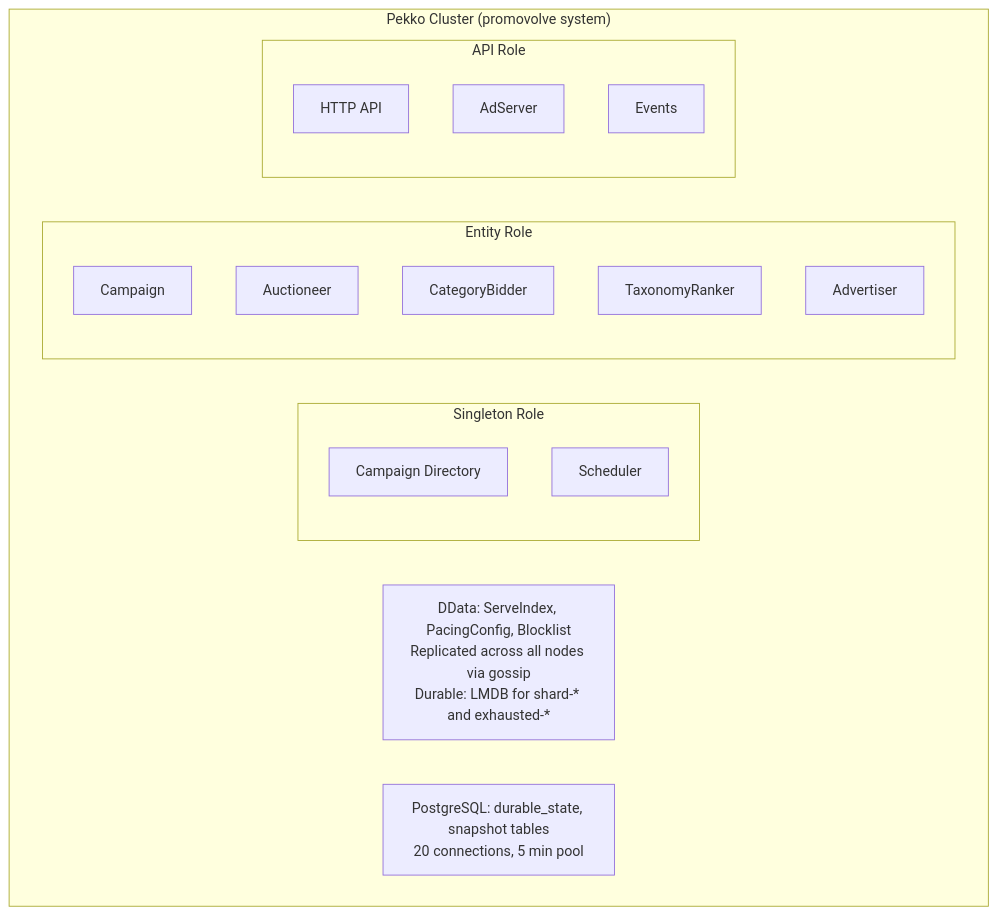
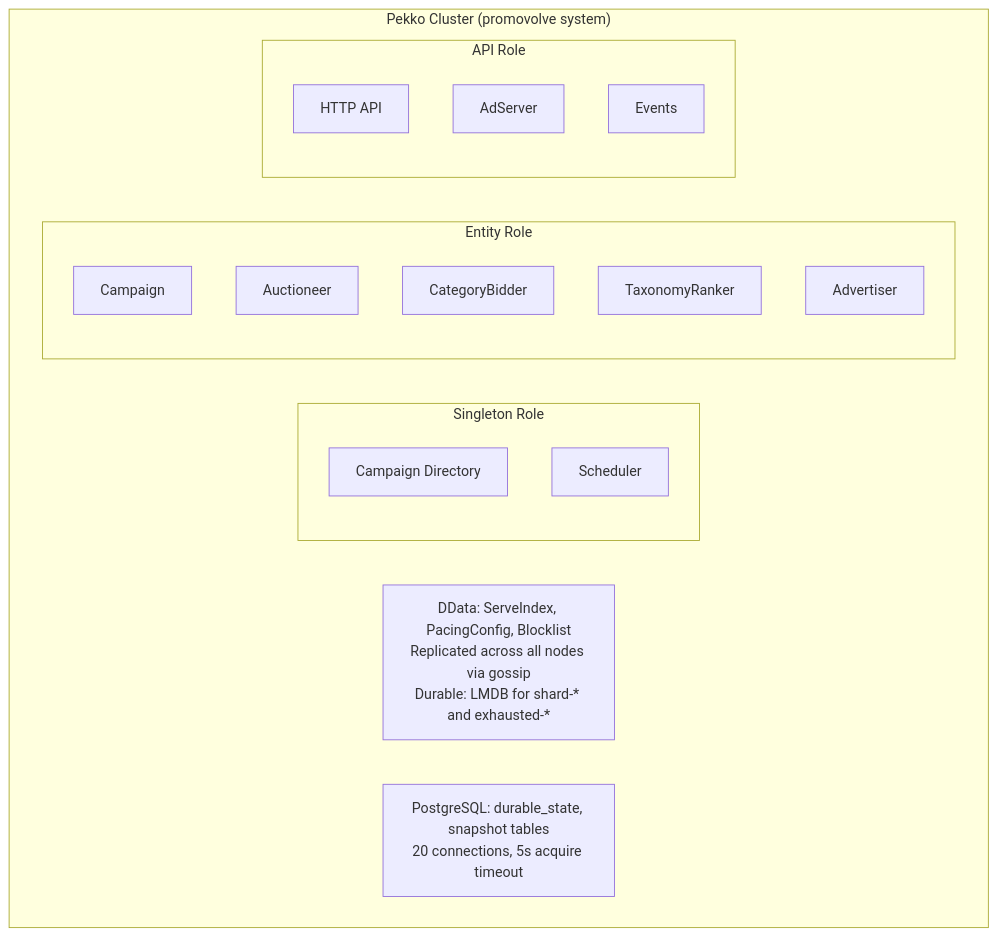
Before and after one commit to promovolve/promovolve-book: the diagram in src/architecture/overview.md, drawn with Mermaid. The commit also changed other lines of this file and 20 other files, not shown here.

````diff
--- a/src/architecture/overview.md
+++ b/src/architecture/overview.md
@@ -7,23 +7,23 @@
 ```mermaid
 graph TB
     subgraph Cluster["Pekko Cluster (promovolve system)"]
         subgraph Singleton["Singleton Role"]
             CD["Campaign Directory"]
             Sched["Scheduler"]
         end
         subgraph Entity["Entity Role"]
             Camp["Campaign"]
             Auct["Auctioneer"]
             CatBid["CategoryBidder"]
             TaxRnk["TaxonomyRanker"]
             Adv["Advertiser"]
         end
         subgraph API["API Role"]
             HTTP["HTTP API"]
             AdSrv["AdServer"]
             Evt["Events"]
         end
         DData["DData: ServeIndex, PacingConfig, Blocklist<br/>Replicated across all nodes via gossip<br/>Durable: LMDB for shard-* and exhausted-*"]
-        PG["PostgreSQL: durable_state, snapshot tables<br/>20 connections, 5 min pool"]
+        PG["PostgreSQL: durable_state, snapshot tables<br/>20 connections, 5s acquire timeout"]
     end
 ```
````
